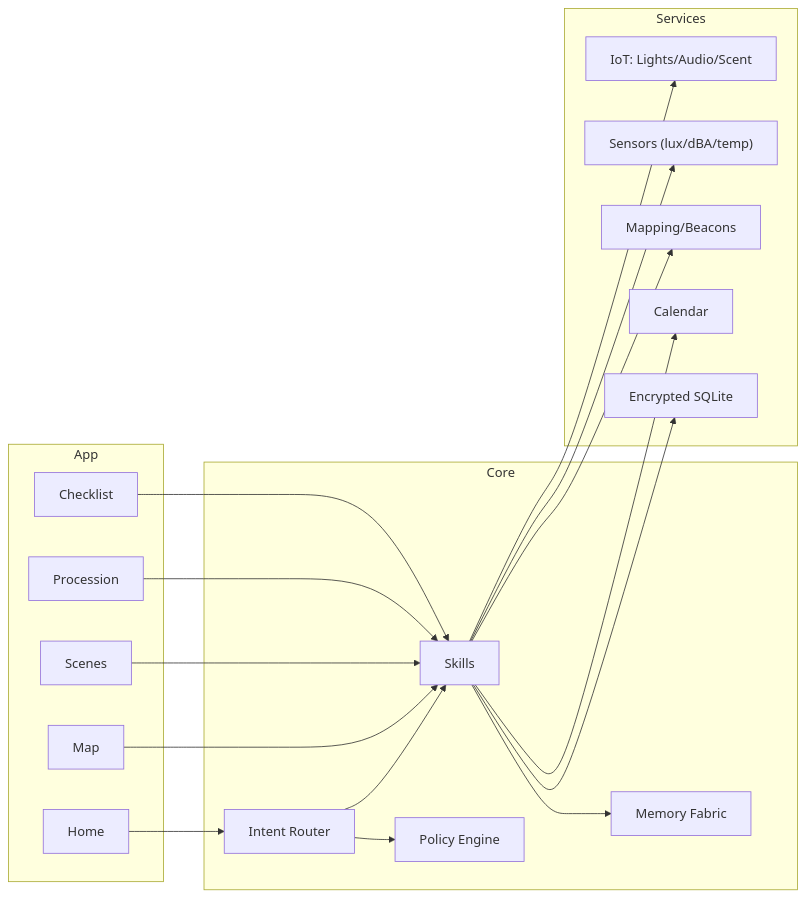
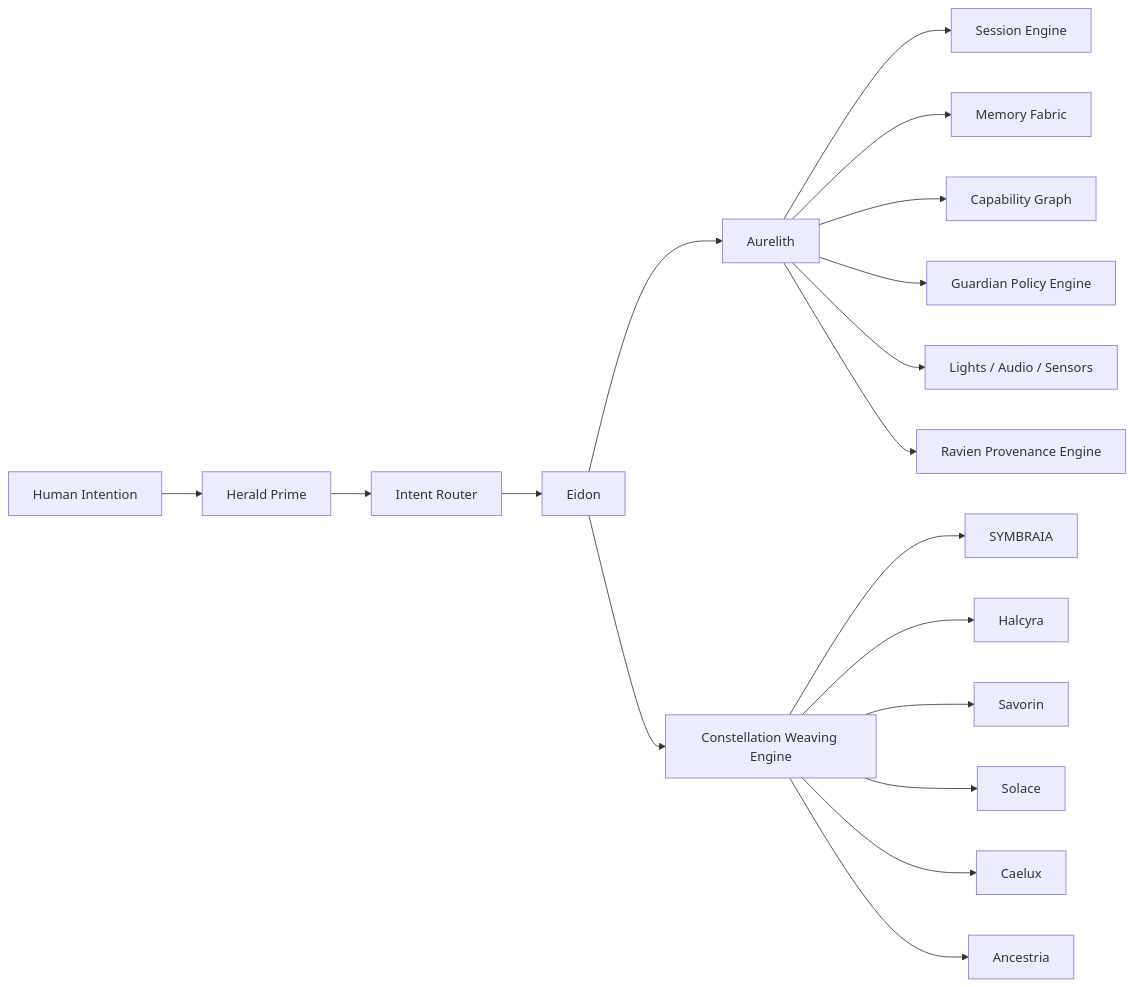
The diagram in docs/ekrps/aurelith/README.md (S1ngularD2ality/eidonic-language-elol), drawn with Mermaid before and after one commit. The commit also changed other lines of this file, not shown here.

First line of the commit message:
Revise Aurelith README for clarity and detail

````diff
--- a/docs/ekrps/aurelith/README.md
+++ b/docs/ekrps/aurelith/README.md
@@ -81,38 +263,23 @@
 ```mermaid
 flowchart LR
-  subgraph App
-    HM["Home"]
-    MP["Map"]
-    SC["Scenes"]
-    PR["Procession"]
-    CK["Checklist"]
-  end
+  U["Human Intention"] --> HP["Herald Prime"]
+  HP --> IR["Intent Router"]
+  IR --> E["Eidon"]
+  E --> AU["Aurelith"]
+  E --> CW["Constellation Weaving Engine"]
 
-  subgraph Core
-    IR["Intent Router"]
-    SK["Skills"]
-    MF["Memory Fabric"]
-    PE["Policy Engine"]
-  end
+  AU --> SE["Session Engine"]
+  AU --> MF["Memory Fabric"]
+  AU --> CG["Capability Graph"]
+  AU --> GPE["Guardian Policy Engine"]
 
-  subgraph Services
-    IO["IoT: Lights/Audio/Scent"]
-    SN["Sensors (lux/dBA/temp)"]
-    MAP["Mapping/Beacons"]
-    CAL["Calendar"]
-    DB["Encrypted SQLite"]
-  end
+  CW --> SYM["SYMBRAIA"]
+  CW --> HAL["Halcyra"]
+  CW --> SA["Savorin"]
+  CW --> SO["Solace"]
+  CW --> CA["Caelux"]
+  CW --> AN["Ancestria"]
 
-  HM --> IR --> SK
-  MP --> SK
-  SC --> SK
-  PR --> SK
-  CK --> SK
-  SK --> MF
-  SK --> DB
-  SK --> IO
-  SK --> SN
-  SK --> MAP
-  SK --> CAL
-  IR --> PE
+  AU --> ENV["Lights / Audio / Sensors"]
+  AU --> RPE["Ravien Provenance Engine"]
 ```
````
